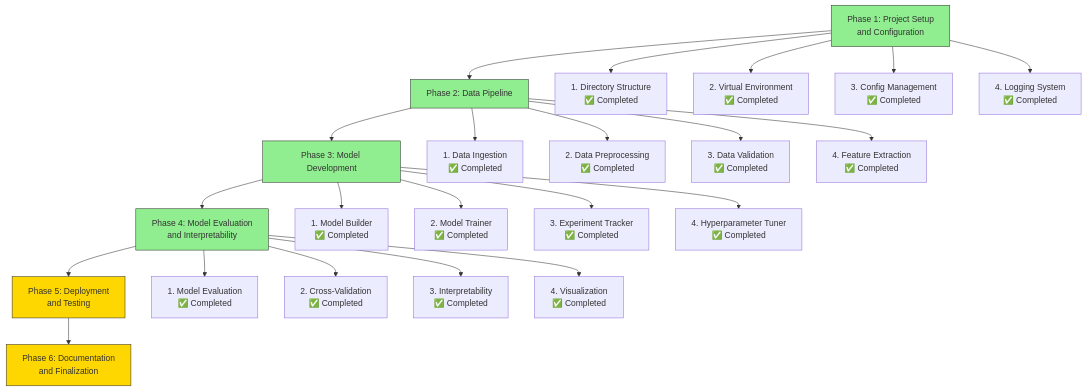
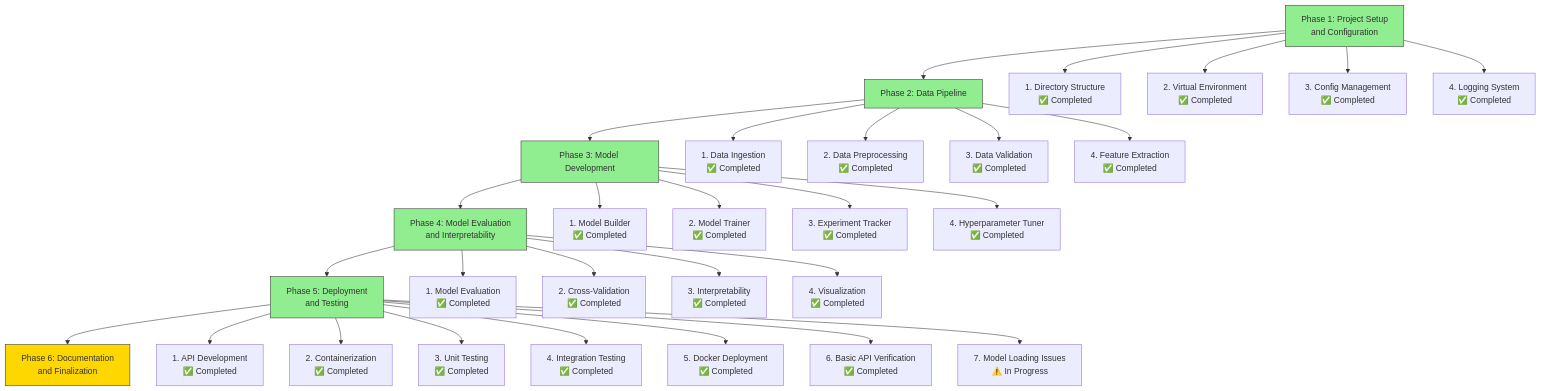
Before and after one commit to BrianZhang2018/ml_pipeline: the diagram in docs/progress_overview.md, drawn with Mermaid. The commit also changed other lines of this file and 44 other files, not shown here.

````diff
--- a/docs/progress_overview.md
+++ b/docs/progress_overview.md
@@ -7,35 +7,43 @@
 ```mermaid
 graph TD
     A[Phase 1: Project Setup<br/>and Configuration] --> B[Phase 2: Data Pipeline]
     B --> C[Phase 3: Model Development]
     C --> D[Phase 4: Model Evaluation<br/>and Interpretability]
     D --> E[Phase 5: Deployment<br/>and Testing]
     E --> F[Phase 6: Documentation<br/>and Finalization]
     
     A --> A1[1. Directory Structure<br/>✅ Completed]
     A --> A2[2. Virtual Environment<br/>✅ Completed]
     A --> A3[3. Config Management<br/>✅ Completed]
     A --> A4[4. Logging System<br/>✅ Completed]
     
     B --> B1[1. Data Ingestion<br/>✅ Completed]
     B --> B2[2. Data Preprocessing<br/>✅ Completed]
     B --> B3[3. Data Validation<br/>✅ Completed]
     B --> B4[4. Feature Extraction<br/>✅ Completed]
     
     C --> C1[1. Model Builder<br/>✅ Completed]
     C --> C2[2. Model Trainer<br/>✅ Completed]
     C --> C3[3. Experiment Tracker<br/>✅ Completed]
     C --> C4[4. Hyperparameter Tuner<br/>✅ Completed]
     
     D --> D1[1. Model Evaluation<br/>✅ Completed]
     D --> D2[2. Cross-Validation<br/>✅ Completed]
     D --> D3[3. Interpretability<br/>✅ Completed]
     D --> D4[4. Visualization<br/>✅ Completed]
     
+    E --> E1[1. API Development<br/>✅ Completed]
+    E --> E2[2. Containerization<br/>✅ Completed]
+    E --> E3[3. Unit Testing<br/>✅ Completed]
+    E --> E4[4. Integration Testing<br/>✅ Completed]
+    E --> E5[5. Docker Deployment<br/>✅ Completed]
+    E --> E6[6. Basic API Verification<br/>✅ Completed]
+    E --> E7[7. Model Loading Issues<br/>⚠️ In Progress]
+    
     style A fill:#90EE90,stroke:#333
     style B fill:#90EE90,stroke:#333
     style C fill:#90EE90,stroke:#333
     style D fill:#90EE90,stroke:#333
-    style E fill:#FFD700,stroke:#333
+    style E fill:#90EE90,stroke:#333
     style F fill:#FFD700,stroke:#333
 ```
````
